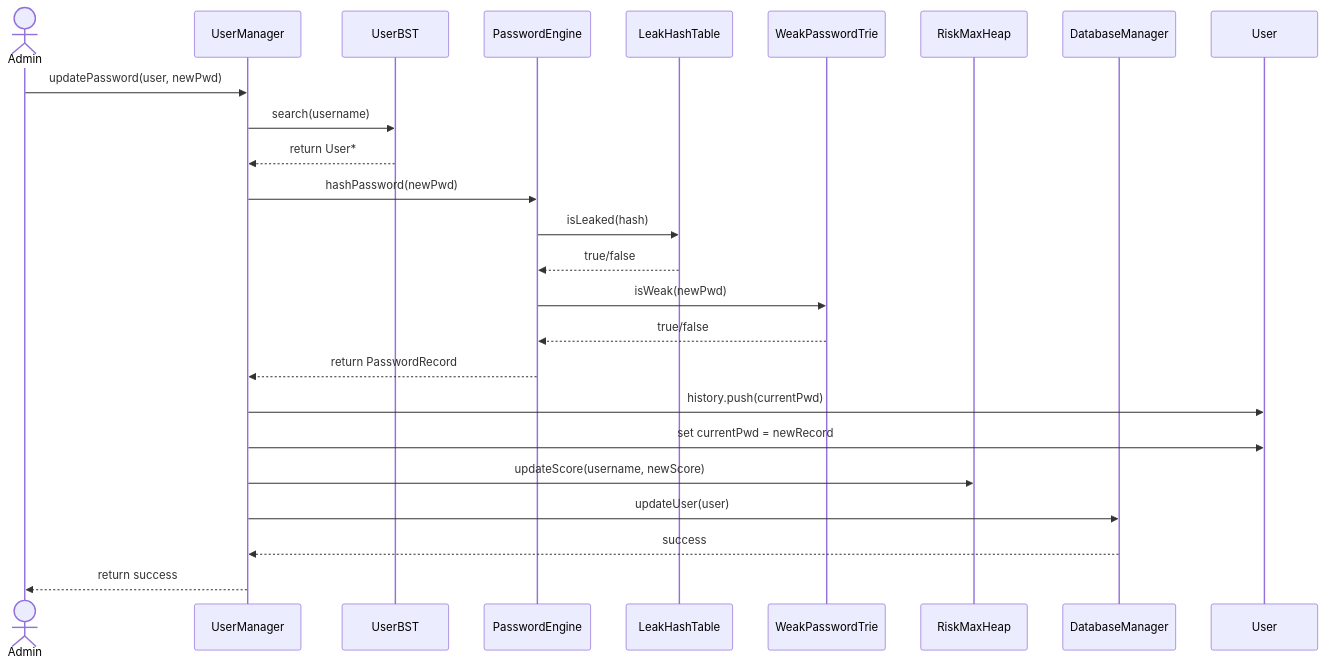
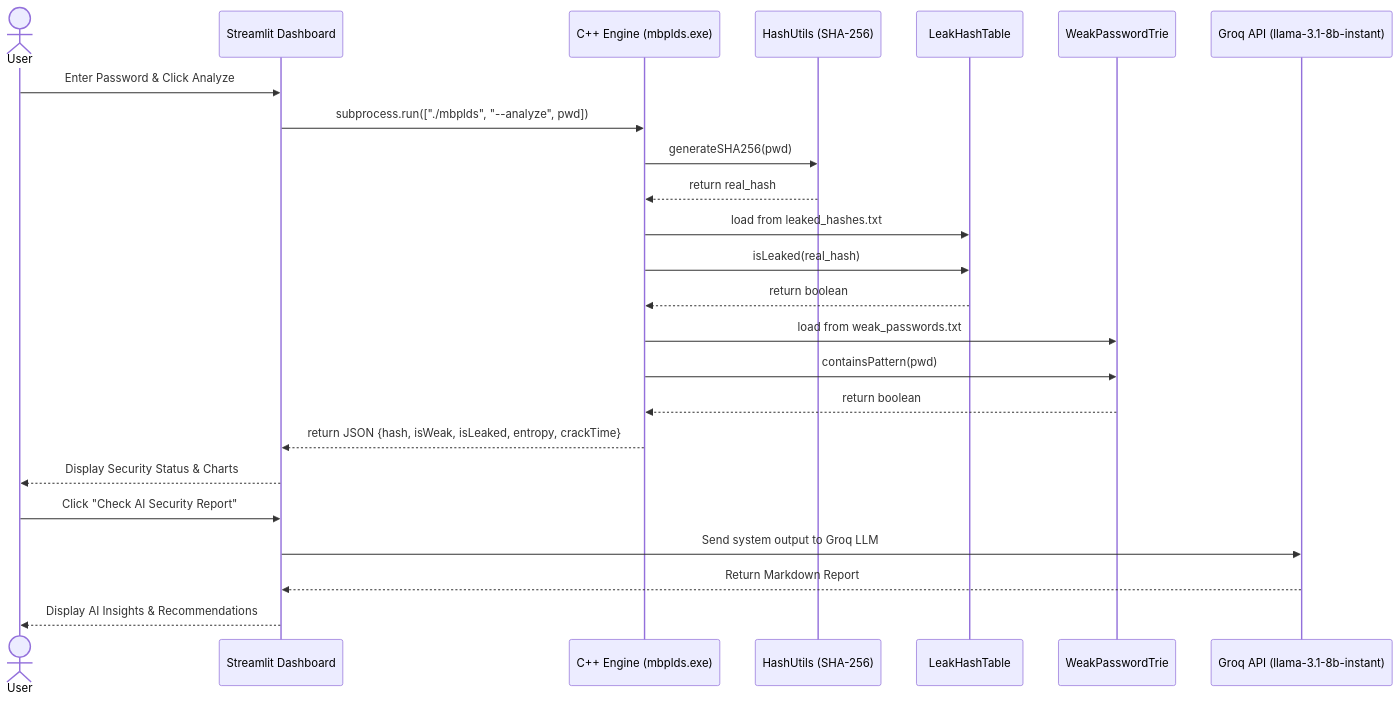
One commit to hamzaali-712/MBPLDS-DSA-Project- changed the diagram in docs/sequence_diagram.md. Above: the diagram before and after it, drawn with Mermaid. The commit also changed other lines of this file and 6 other files, not shown here.

Commit message:
Complete overhaul of documentation: Update all algorithms, architecture diagrams, testing strategies, and assign proper team roles

````diff
--- a/docs/sequence_diagram.md
+++ b/docs/sequence_diagram.md
@@ -3,27 +3,28 @@
 ```mermaid
 sequenceDiagram
-    actor Admin
-    participant UM as UserManager
-    participant BST as UserBST
-    participant PE as PasswordEngine
+    actor User
+    participant GUI as Streamlit Dashboard
+    participant CPP as C++ Engine (mbplds.exe)
+    participant HU as HashUtils (SHA-256)
     participant HT as LeakHashTable
     participant WT as WeakPasswordTrie
-    participant RMH as RiskMaxHeap
-    participant DBM as DatabaseManager
+    participant AI as Groq API (llama-3.1-8b-instant)
 
-    Admin->>UM: updatePassword(user, newPwd)
-    UM->>BST: search(username)
-    BST-->>UM: return User*
-    UM->>PE: hashPassword(newPwd)
-    PE->>HT: isLeaked(hash)
-    HT-->>PE: true/false
-    PE->>WT: isWeak(newPwd)
-    WT-->>PE: true/false
-    PE-->>UM: return PasswordRecord
-    UM->>User: history.push(currentPwd)
-    UM->>User: set currentPwd = newRecord
-    UM->>RMH: updateScore(username, newScore)
-    UM->>DBM: updateUser(user)
-    DBM-->>UM: success
-    UM-->>Admin: return success
+    User->>GUI: Enter Password & Click Analyze
+    GUI->>CPP: subprocess.run(["./mbplds", "--analyze", pwd])
+    CPP->>HU: generateSHA256(pwd)
+    HU-->>CPP: return real_hash
+    CPP->>HT: load from leaked_hashes.txt
+    CPP->>HT: isLeaked(real_hash)
+    HT-->>CPP: return boolean
+    CPP->>WT: load from weak_passwords.txt
+    CPP->>WT: containsPattern(pwd)
+    WT-->>CPP: return boolean
+    CPP-->>GUI: return JSON {hash, isWeak, isLeaked, entropy, crackTime}
+    GUI-->>User: Display Security Status & Charts
+    
+    User->>GUI: Click "Check AI Security Report"
+    GUI->>AI: Send system output to Groq LLM
+    AI-->>GUI: Return Markdown Report
+    GUI-->>User: Display AI Insights & Recommendations
 ```
````
